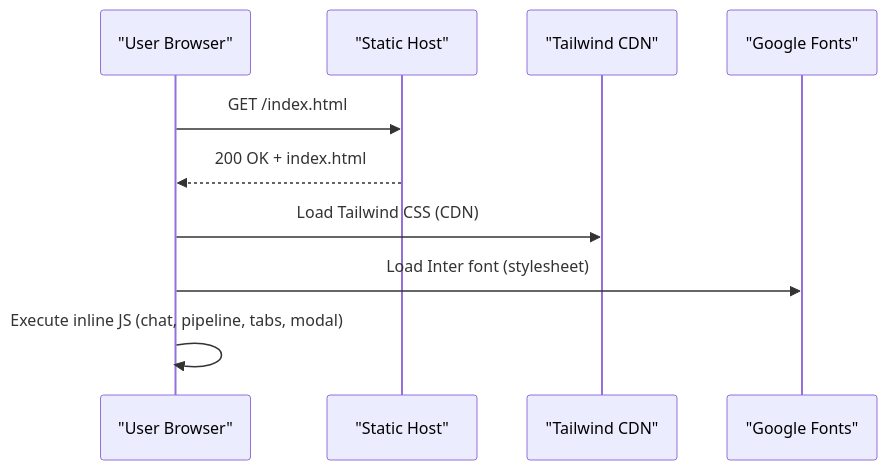
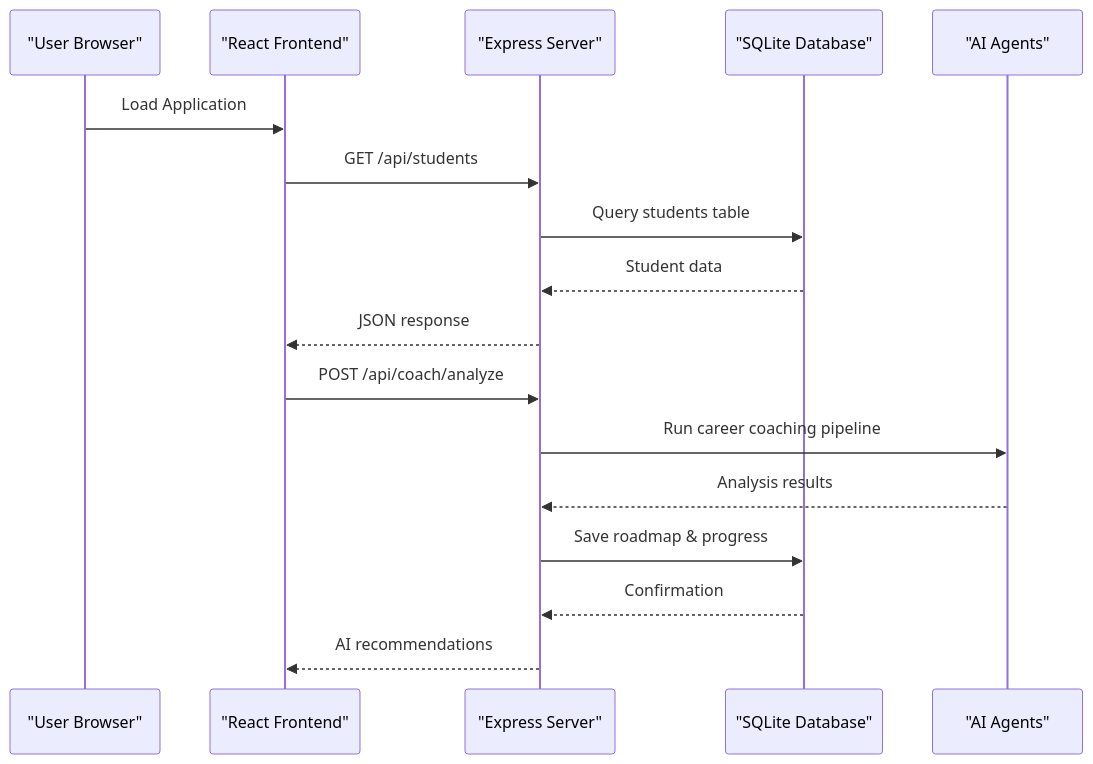
The second of 3 diagrams in .qoder/repowiki/en/content/Deployment.md (Alishba-Moin/CareerCompass), drawn with Mermaid before and after one commit. The commit also changed other lines of this file and 38 other files, not shown here.

Commit message:
Add Roadmap pdf download option

````diff
--- a/.qoder/repowiki/en/content/Deployment.md
+++ b/.qoder/repowiki/en/content/Deployment.md
@@ -64,12 +92,19 @@
 ```mermaid
 sequenceDiagram
 participant U as "User Browser"
-participant S as "Static Host"
-participant T as "Tailwind CDN"
-participant F as "Google Fonts"
-U->>S : GET /index.html
-S-->>U : 200 OK + index.html
-U->>T : Load Tailwind CSS (CDN)
-U->>F : Load Inter font (stylesheet)
-U->>U : Execute inline JS (chat, pipeline, tabs, modal)
+participant F as "React Frontend"
+participant S as "Express Server"
+participant D as "SQLite Database"
+participant A as "AI Agents"
+U->>F : Load Application
+F->>S : GET /api/students
+S->>D : Query students table
+D-->>S : Student data
+S-->>F : JSON response
+F->>S : POST /api/coach/analyze
+S->>A : Run career coaching pipeline
+A-->>S : Analysis results
+S->>D : Save roadmap & progress
+D-->>S : Confirmation
+S-->>F : AI recommendations
 ```
````
